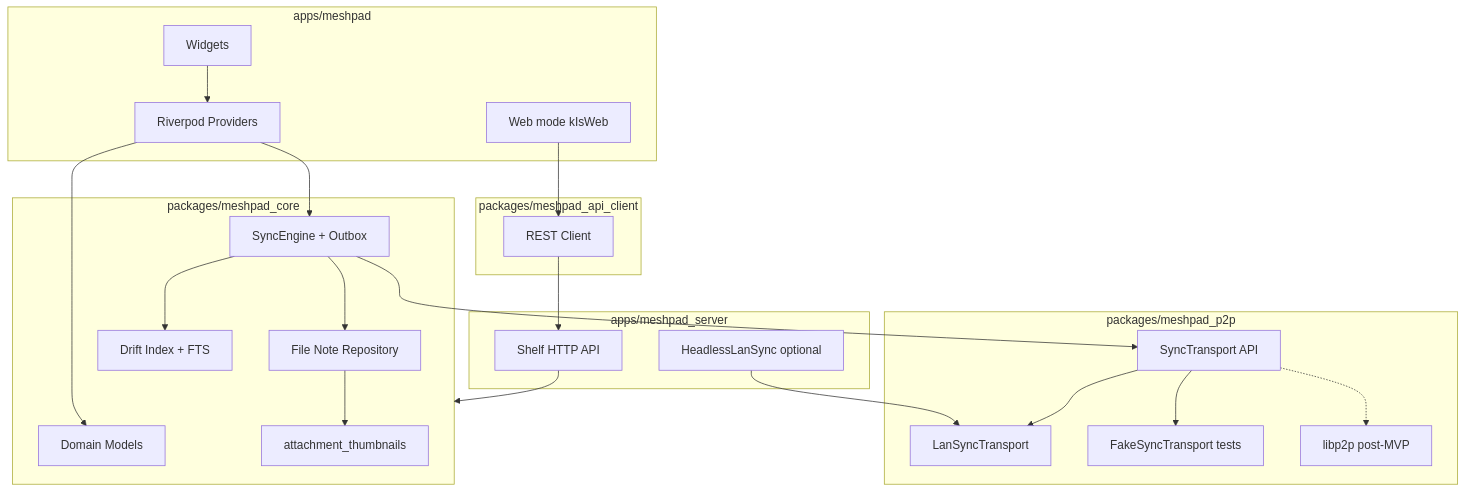
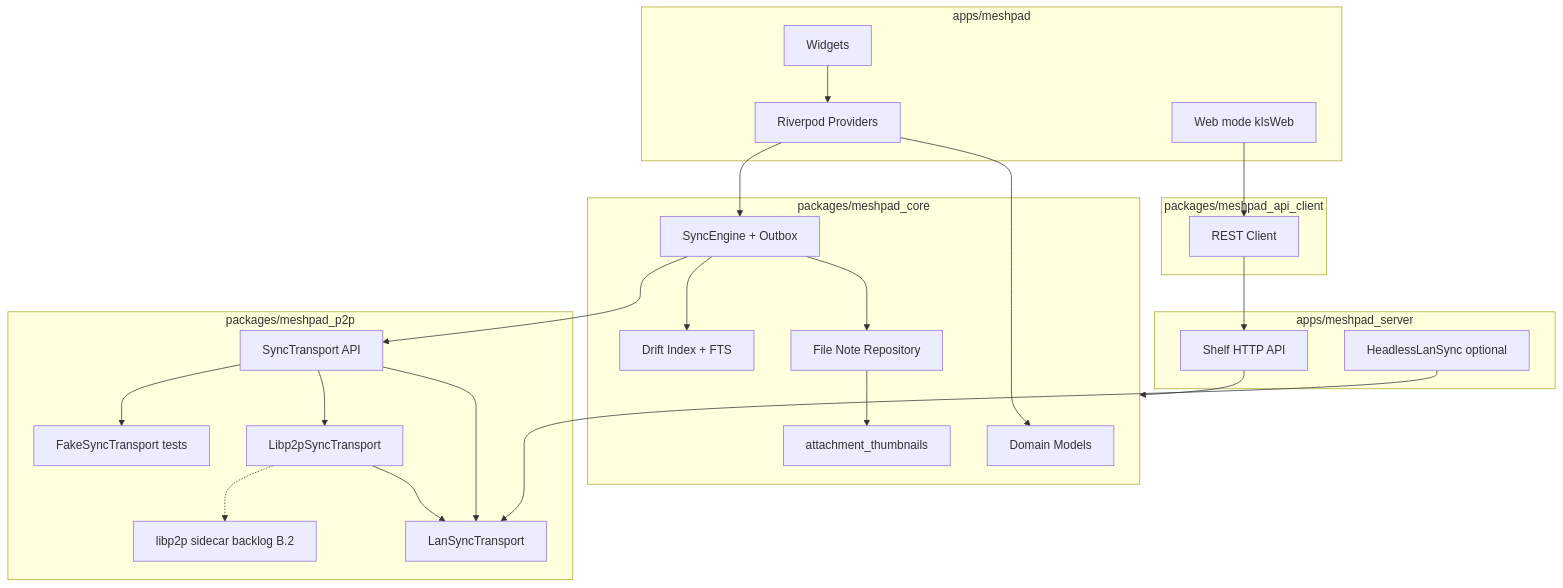
The diagram in docs/ARCHITECTURE.md (Jawerka/MeshPad), drawn with Mermaid before and after one commit. The commit also changed other lines of this file and 159 other files, not shown here.

First line of the commit message:
Release 0.2.0: post-MVP LAN reliability, Web SSE, and product polish.

````diff
--- a/docs/ARCHITECTURE.md
+++ b/docs/ARCHITECTURE.md
@@ -7,42 +9,45 @@
 ```mermaid
 flowchart TB
   subgraph ui [apps/meshpad]
     Widgets[Widgets]
     Providers[Riverpod Providers]
     WebMode[Web mode kIsWeb]
   end
   subgraph api [packages/meshpad_api_client]
     HttpClient[REST Client]
   end
   subgraph server [apps/meshpad_server]
     HttpApi[Shelf HTTP API]
     HeadlessP2p[HeadlessLanSync optional]
   end
   subgraph core [packages/meshpad_core]
     Domain[Domain Models]
     FS[File Note Repository]
     DB[Drift Index + FTS]
     Sync[SyncEngine + Outbox]
     Thumbs[attachment_thumbnails]
   end
   subgraph p2p [packages/meshpad_p2p]
     Transport[SyncTransport API]
     Lan[LanSyncTransport]
+    Libp2p[Libp2pSyncTransport]
     Fake[FakeSyncTransport tests]
-    Native[libp2p post-MVP]
+    Sidecar[libp2p sidecar backlog B.2]
   end
   Widgets --> Providers
   WebMode --> HttpClient
   HttpClient --> HttpApi
   HttpApi --> core
   HeadlessP2p --> Lan
   Providers --> Domain
   Providers --> Sync
   Sync --> FS
   Sync --> DB
   FS --> Thumbs
   Sync --> Transport
   Transport --> Lan
+  Transport --> Libp2p
+  Libp2p --> Lan
   Transport --> Fake
-  Transport -.-> Native
+  Libp2p -.-> Sidecar
 ```
````
